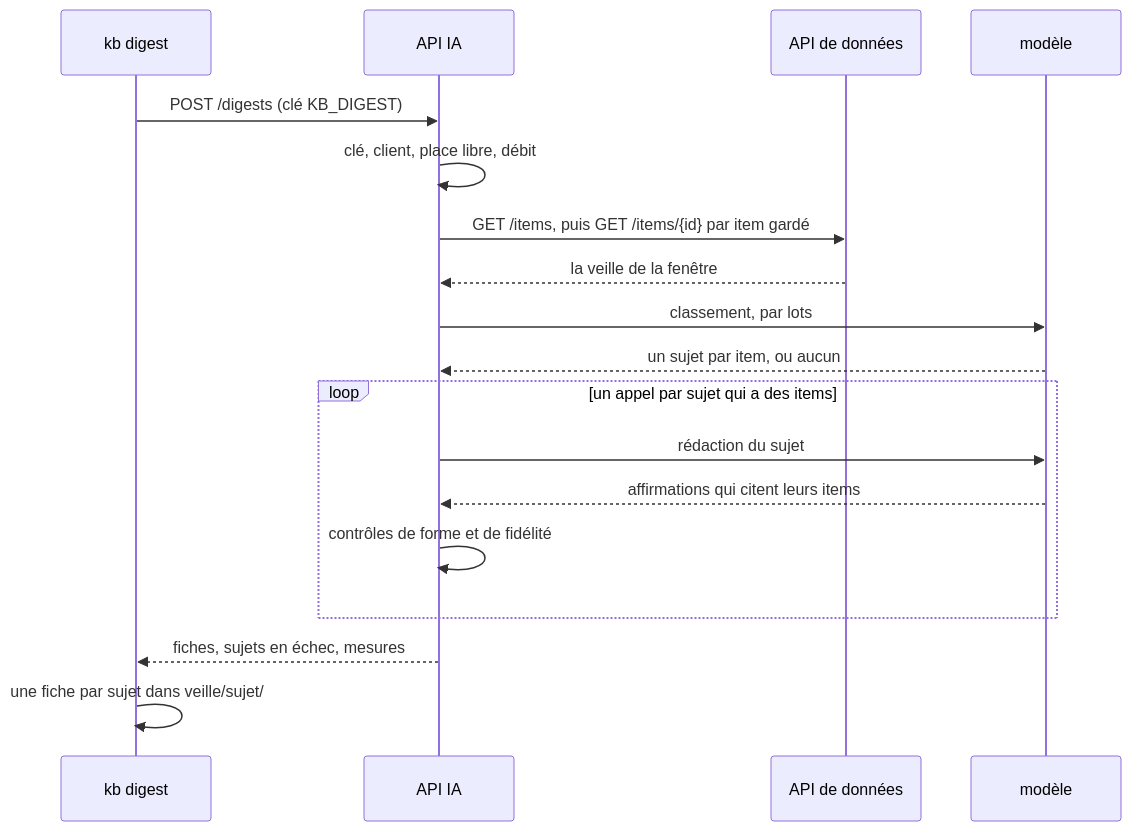
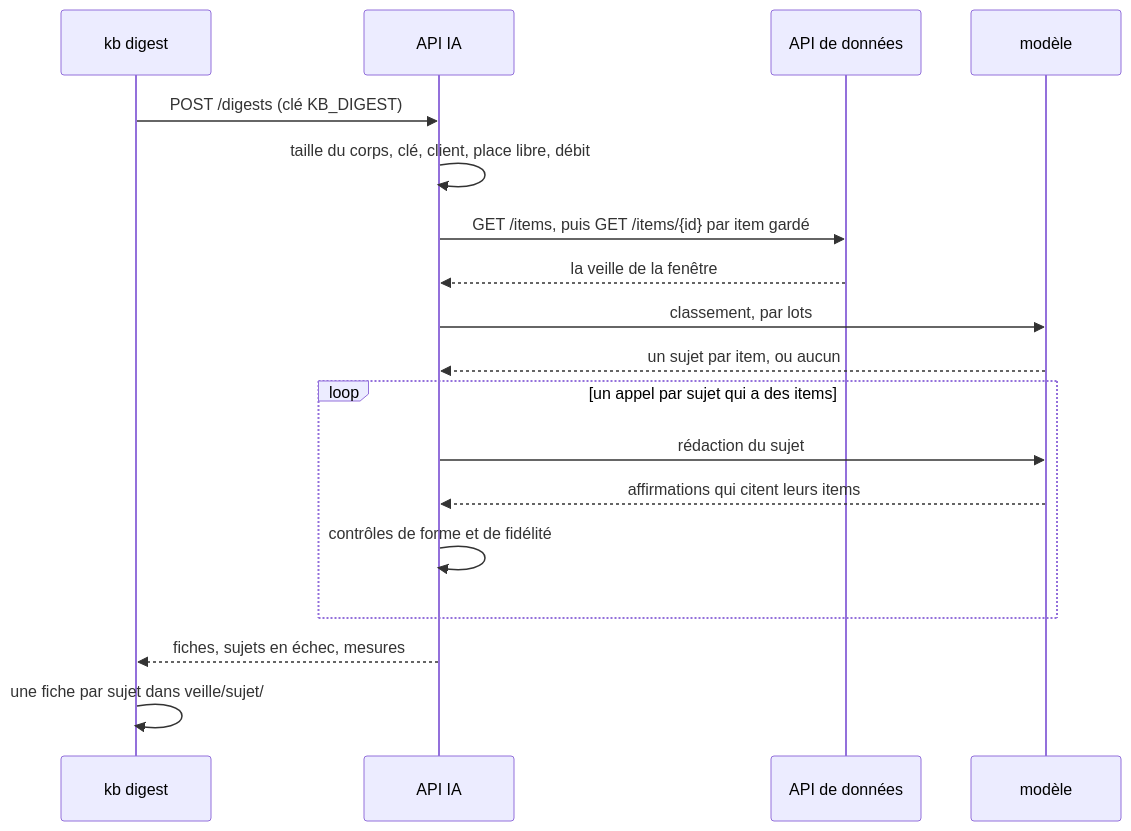
Before and after one commit to SabineLaurent/K-B: the second of 4 diagrams in docs/architecture-api-ia.md, drawn with Mermaid. The commit also changed other lines of this file and 2 other files, not shown here.

First line of the commit message:
docs: settle the review of the architecture of the AI API (issue 279)

````diff
--- a/docs/architecture-api-ia.md
+++ b/docs/architecture-api-ia.md
@@ -53,20 +55,20 @@
 ```mermaid
 sequenceDiagram
     participant K as kb digest
     participant A as API IA
     participant D as API de données
     participant M as modèle
     K->>A: POST /digests (clé KB_DIGEST)
-    A->>A: clé, client, place libre, débit
+    A->>A: taille du corps, clé, client, place libre, débit
     A->>D: GET /items, puis GET /items/{id} par item gardé
     D-->>A: la veille de la fenêtre
     A->>M: classement, par lots
     M-->>A: un sujet par item, ou aucun
     loop un appel par sujet qui a des items
         A->>M: rédaction du sujet
         M-->>A: affirmations qui citent leurs items
         A->>A: contrôles de forme et de fidélité
     end
     A-->>K: fiches, sujets en échec, mesures
     K->>K: une fiche par sujet dans veille/sujet/
 ```
````
